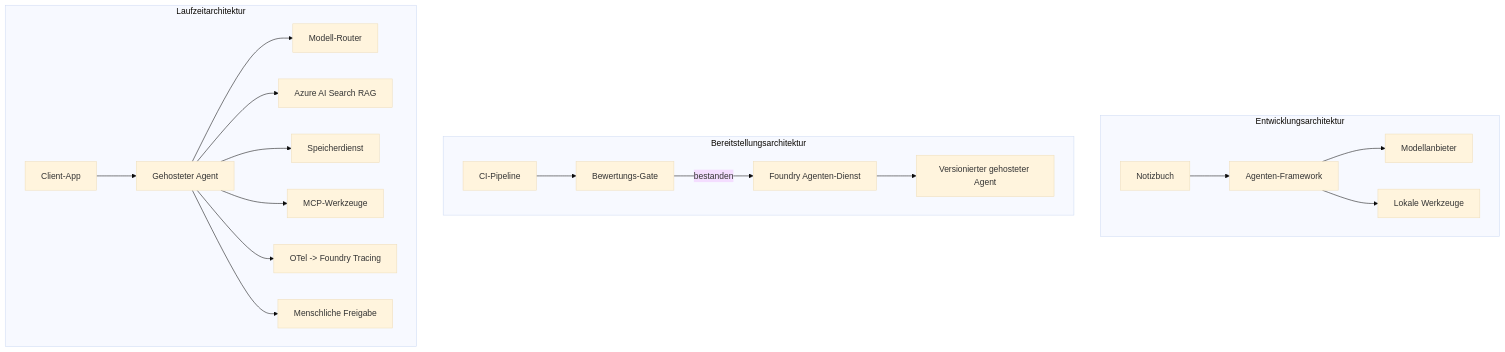
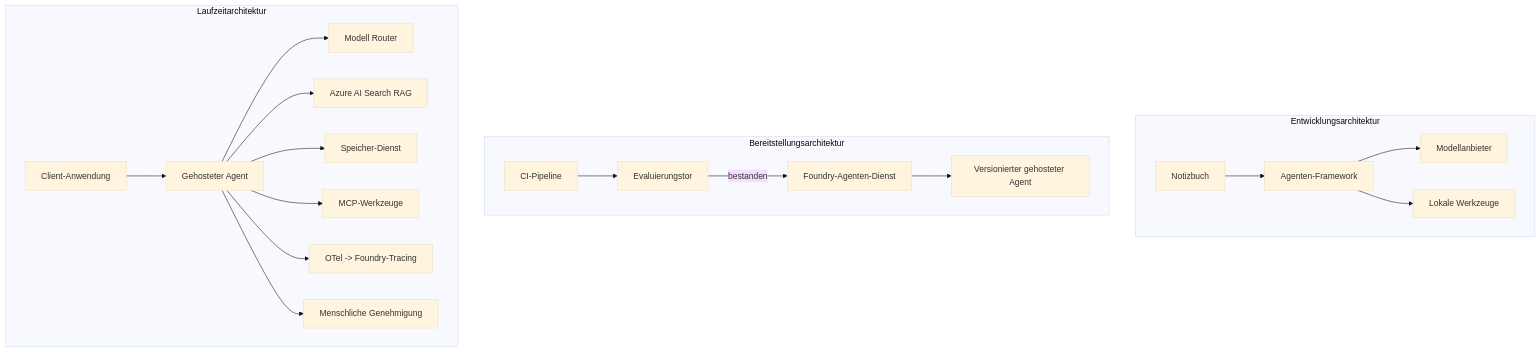
The fourth of 4 diagrams in mirrors/repos/microsoft@ai-agents-for-beginners/translations/de/16-deploying-scalable-agents/README.md (gabrielmoreira/agent-skills-mirror), drawn with Mermaid (base theme) before and after one commit. The commit also changed other lines of this file and 4262 other files, not shown here.

````diff
--- a/mirrors/repos/microsoft@ai-agents-for-beginners/translations/de/16-deploying-scalable-agents/README.md
+++ b/mirrors/repos/microsoft@ai-agents-for-beginners/translations/de/16-deploying-scalable-agents/README.md
@@ -185,22 +185,22 @@
 ```mermaid
 flowchart TB
     subgraph Dev[Entwicklungsarchitektur]
         D1[Notizbuch] --> D2[Agenten-Framework]
         D2 --> D3[Modellanbieter]
         D2 --> D4[Lokale Werkzeuge]
     end
     subgraph Deploy[Bereitstellungsarchitektur]
-        E1[CI-Pipeline] --> E2[Bewertungs-Gate]
-        E2 -->|bestanden| E3[Foundry Agenten-Dienst]
+        E1[CI-Pipeline] --> E2[Evaluierungstor]
+        E2 -->|bestanden| E3[Foundry-Agenten-Dienst]
         E3 --> E4[Versionierter gehosteter Agent]
     end
     subgraph Run[Laufzeitarchitektur]
-        F1[Client-App] --> F2[Gehosteter Agent]
-        F2 --> F3[Modell-Router]
+        F1[Client-Anwendung] --> F2[Gehosteter Agent]
+        F2 --> F3[Modell Router]
         F2 --> F4[Azure AI Search RAG]
-        F2 --> F5[Speicherdienst]
+        F2 --> F5[Speicher-Dienst]
         F2 --> F6[MCP-Werkzeuge]
-        F2 --> F7[OTel -> Foundry Tracing]
-        F2 --> F8[Menschliche Freigabe]
+        F2 --> F7[OTel -> Foundry-Tracing]
+        F2 --> F8[Menschliche Genehmigung]
     end
 ```
````
